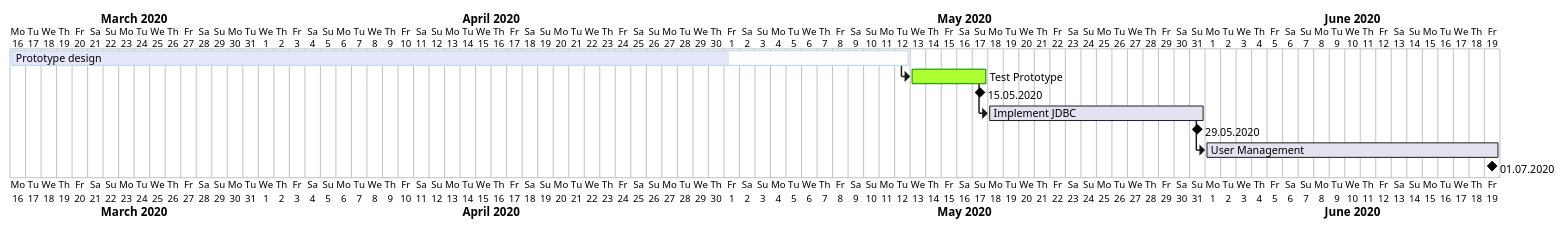
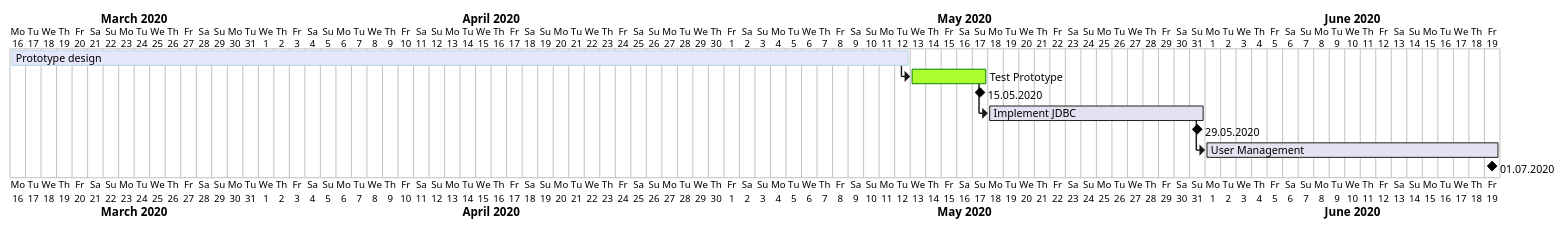
Before and after one commit to 1920-3ahif-syp/03-main-projects-with-admin-workmanager2: the diagram in WorkManager/asciidocs/gantt.adoc, drawn with PlantUML. The commit also changed 9 other files, not shown here.

```diff
--- a/WorkManager/asciidocs/gantt.adoc
+++ b/WorkManager/asciidocs/gantt.adoc
@@ -22,22 +22,21 @@
 [plantuml,gantt,png]
 ....
 @startgantt
 Project starts the 16th of march 2020
 [Prototype design] as [Design] lasts 58 days
-[Design] is 80% completed
 [Design] is colored in Lavender/LightBlue
 
 [Test Prototype] as [Test] lasts 5 days
 [Test] is colored in GreenYellow/Green
 [Design] -> [Test]
 [15.05.2020] happens at [Test]'s end
 
 [Implement JDBC] as [DB] lasts 2 weeks
 [Test] -> [DB]
 [29.05.2020] happens at [DB]'s end
 
 [User Management] as [User] lasts 19 days
 [DB] -> [User]
 [01.07.2020] happens at [User]'s end
 @endgantt
 ....
```
